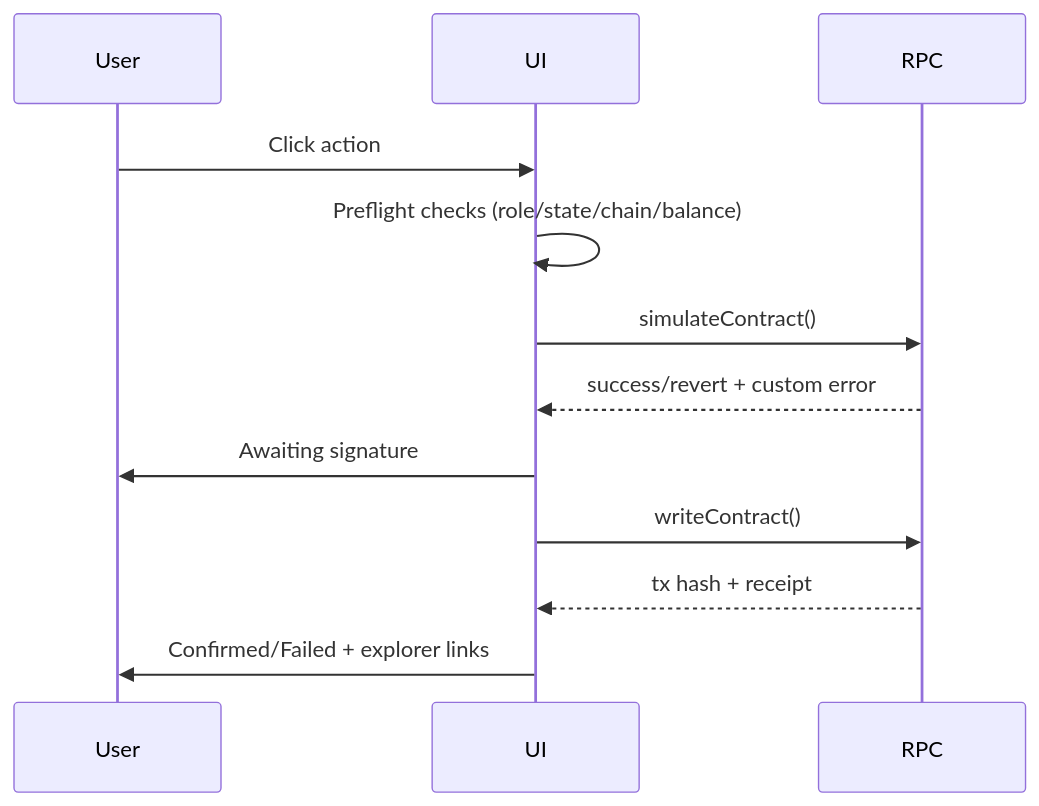
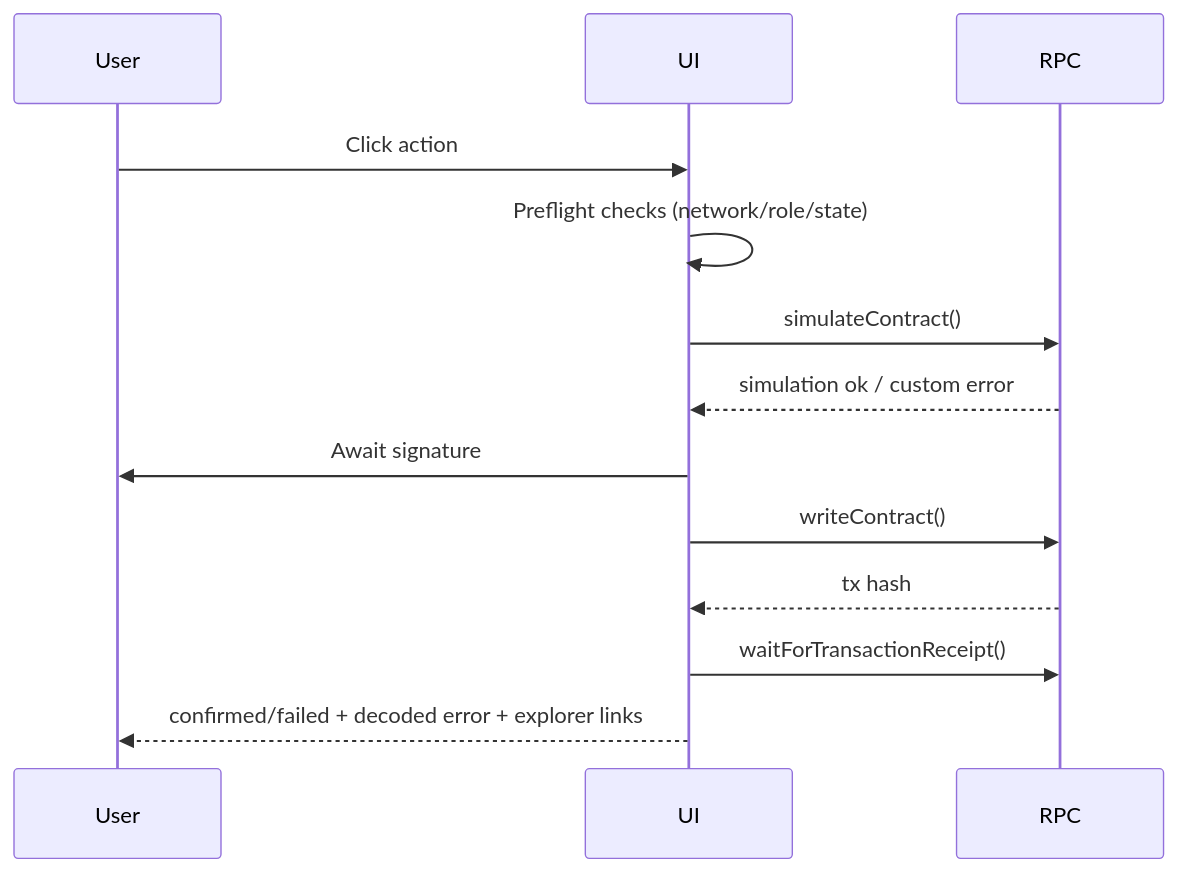
Before and after one commit to MontrealAI/AGIJobManager: the third of 3 diagrams in docs/ui/ARCHITECTURE.md, drawn with Mermaid. The commit also changed other lines of this file and 19 other files, not shown here.

````diff
--- a/docs/ui/ARCHITECTURE.md
+++ b/docs/ui/ARCHITECTURE.md
@@ -12,14 +25,15 @@
 ```mermaid
 sequenceDiagram
-  participant U as User
-  participant UI as UI
-  participant RPC as RPC
-  U->>UI: Click action
-  UI->>UI: Preflight checks (role/state/chain/balance)
+  participant User
+  participant UI
+  participant RPC
+  User->>UI: Click action
+  UI->>UI: Preflight checks (network/role/state)
   UI->>RPC: simulateContract()
-  RPC-->>UI: success/revert + custom error
-  UI->>U: Awaiting signature
+  RPC-->>UI: simulation ok / custom error
+  UI->>User: Await signature
   UI->>RPC: writeContract()
-  RPC-->>UI: tx hash + receipt
-  UI->>U: Confirmed/Failed + explorer links
+  RPC-->>UI: tx hash
+  UI->>RPC: waitForTransactionReceipt()
+  UI-->>User: confirmed/failed + decoded error + explorer links
 ```
````
